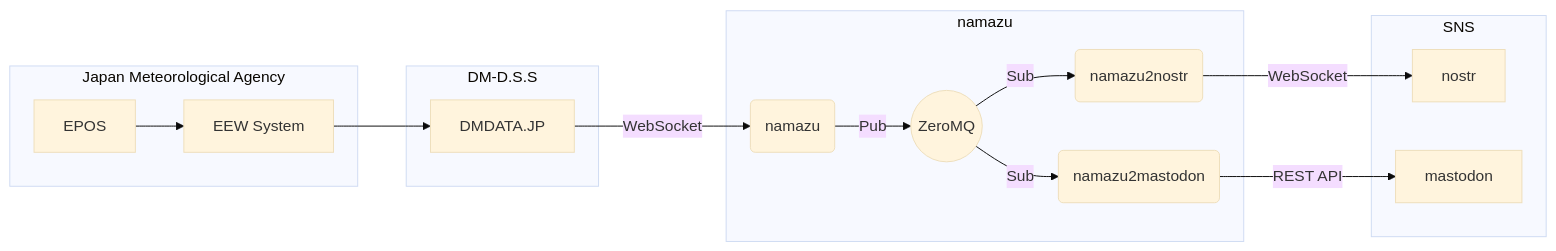
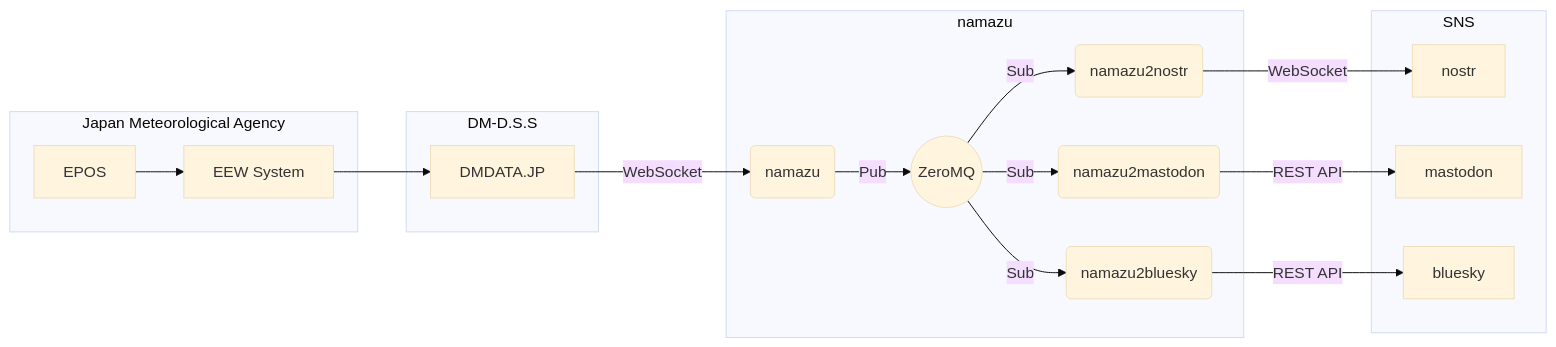
One commit to matsuu/namazu changed the diagram in README.md. Above: the diagram before and after it, drawn with Mermaid (base theme). The commit also changed other lines of this file and 6 other files, not shown here.

````diff
--- a/README.md
+++ b/README.md
@@ -7,21 +7,23 @@
 ```mermaid
 flowchart LR
   subgraph Japan Meteorological Agency
     J[EPOS]-->E[EEW System]
   end
     E-->D[DMDATA.JP]
   subgraph DM-D.S.S
     D
   end
   D--WebSocket-->N(namazu)
   subgraph namazu
     N--Pub-->Z((ZeroMQ))
-    Z--Sub--> NN(namazu2nostr) & NM(namazu2mastodon)
+    Z--Sub--> NN(namazu2nostr) & NM(namazu2mastodon) & NB(namazu2bluesky)
   end
   NN--WebSocket-->SN[nostr]
   NM--REST API-->SM[mastodon]
+  NB--REST API-->SB[bluesky]
   subgraph SNS
     SN
     SM
+    SB
   end
 ```
````
